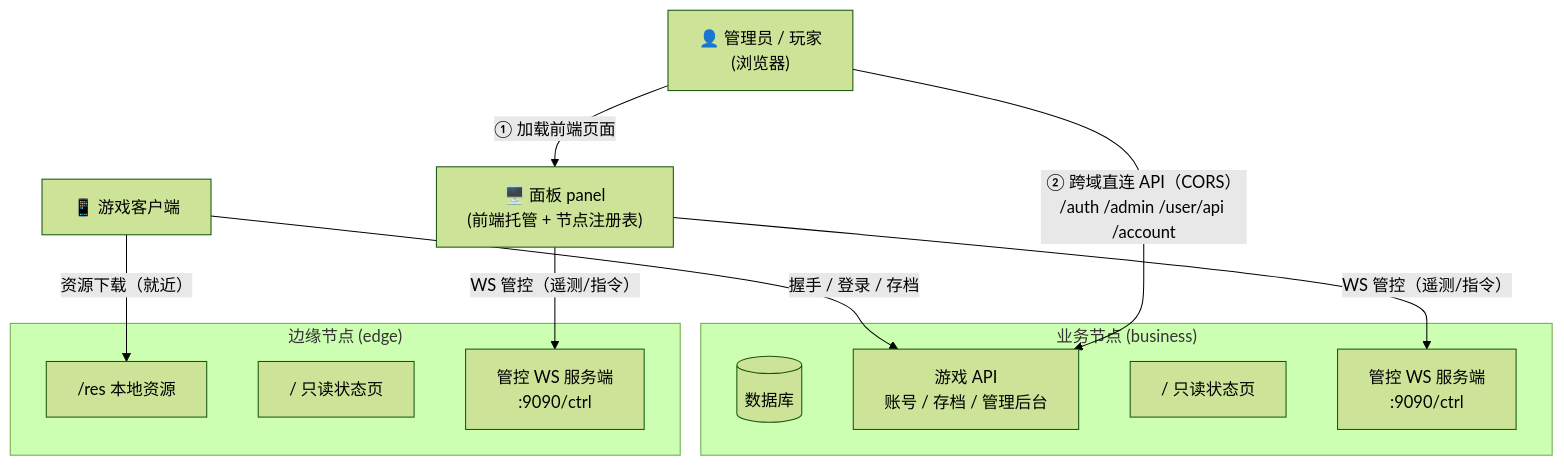
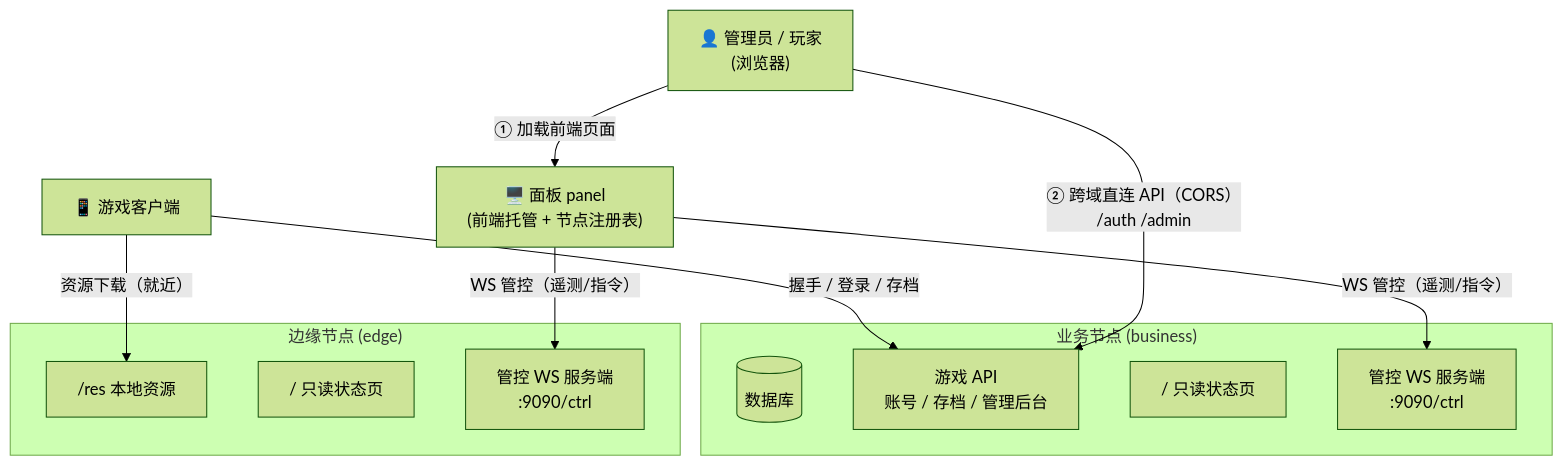
The diagram in deploy/nodes.md (MagirecoCN-Revival-Project/magireco-cnv-docs), drawn with Mermaid (forest theme) before and after one commit. The commit also changed other lines of this file and 6 other files, not shown here.

````diff
--- a/deploy/nodes.md
+++ b/deploy/nodes.md
@@ -23,28 +23,28 @@
 ```mermaid
 flowchart TB
     Panel["🖥️ 面板 panel\n(前端托管 + 节点注册表)"]
 
     subgraph Business["业务节点 (business)"]
         DB[("数据库")]
         API["游戏 API\n账号 / 存档 / 管理后台"]
         Status1["/ 只读状态页"]
         CtrlS1["管控 WS 服务端\n:9090/ctrl"]
     end
 
     subgraph Edge["边缘节点 (edge)"]
         Res["/res 本地资源"]
         Status2["/ 只读状态页"]
         CtrlS2["管控 WS 服务端\n:9090/ctrl"]
     end
 
     Client["📱 游戏客户端"]
     Admin["👤 管理员 / 玩家\n(浏览器)"]
 
     Panel -->|"WS 管控（遥测/指令）"| CtrlS1
     Panel -->|"WS 管控（遥测/指令）"| CtrlS2
     Client -->|"握手 / 登录 / 存档"| API
     Client -->|"资源下载（就近）"| Res
 
     Admin -->|"① 加载前端页面"| Panel
-    Admin -->|"② 跨域直连 API（CORS）\n/auth /admin /user/api /account"| API
+    Admin -->|"② 跨域直连 API（CORS）\n/auth /admin"| API
 ```
````
